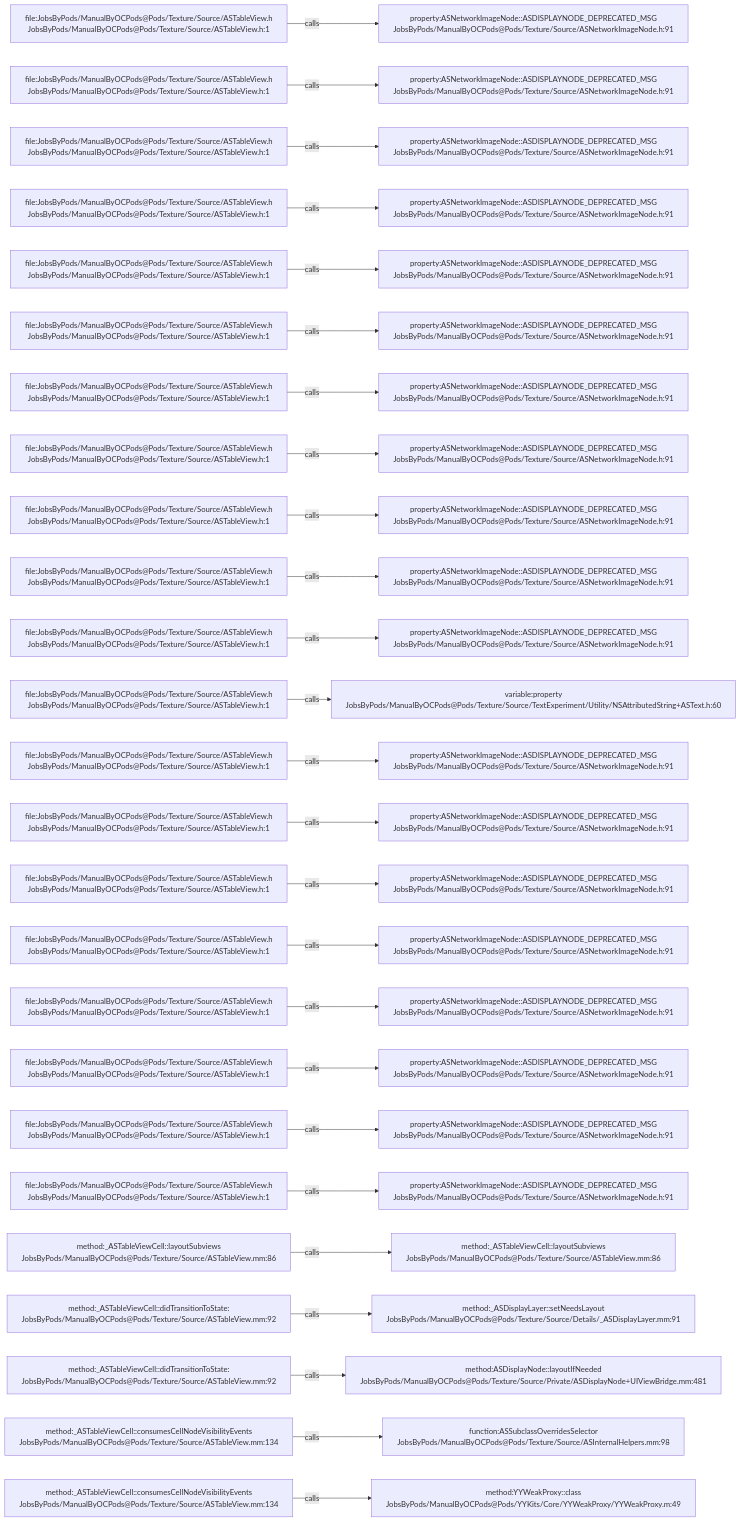
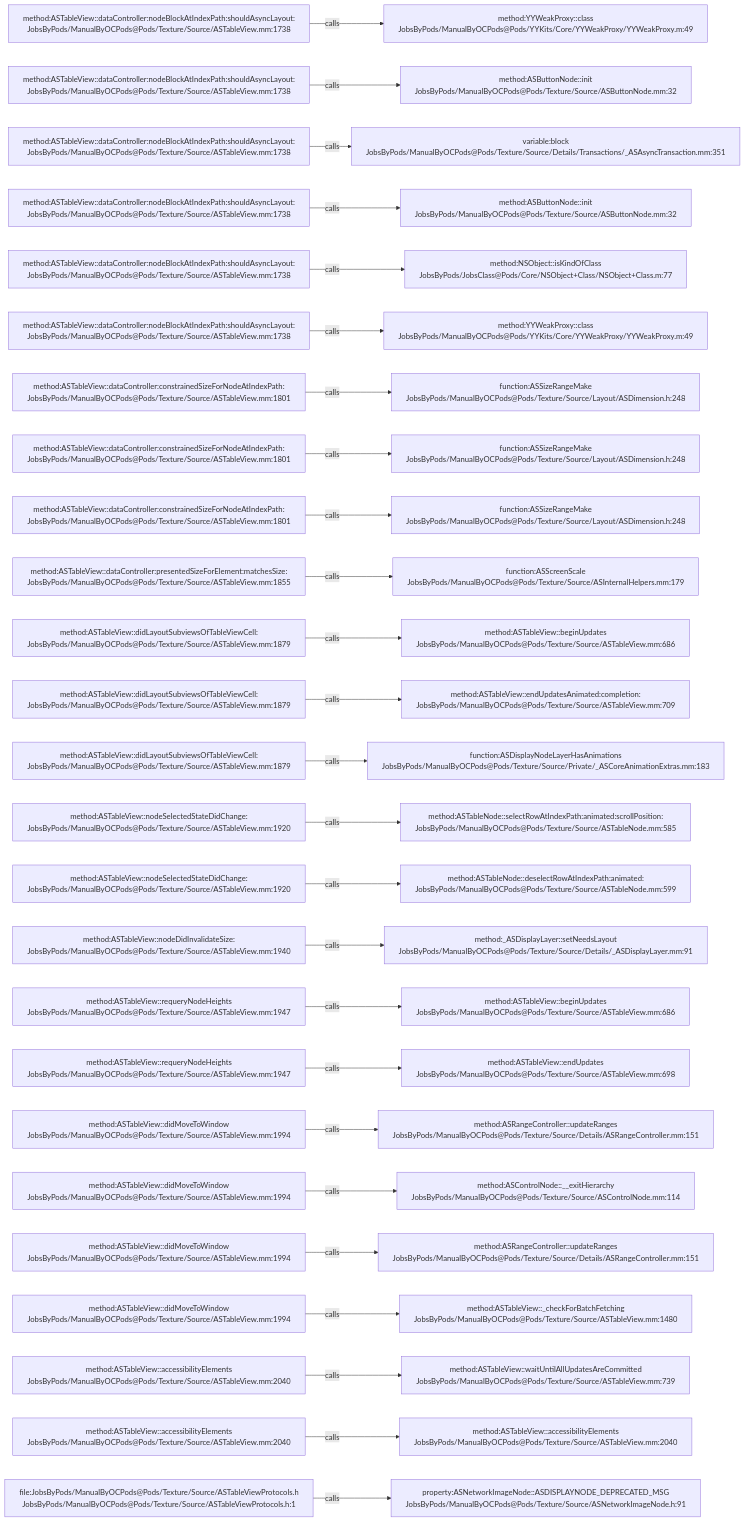
The diagram in .codegraph/codegraph.md/graphs/calls-133.md (JobsKits/JobsOCBaseConfigDemo), drawn with Mermaid before and after one commit. The commit also changed 1223 other files, not shown here.

````diff
--- a/.codegraph/codegraph.md/graphs/calls-133.md
+++ b/.codegraph/codegraph.md/graphs/calls-133.md
@@ -13,78 +13,78 @@
 ```mermaid
 flowchart LR
-  S1["file:JobsByPods/ManualByOCPods@Pods/Texture/Source/ASTableView.h<br/>JobsByPods/ManualByOCPods@Pods/Texture/Source/ASTableView.h:1"]
-  T1["property:ASNetworkImageNode::ASDISPLAYNODE_DEPRECATED_MSG<br/>JobsByPods/ManualByOCPods@Pods/Texture/Source/ASNetworkImageNode.h:91"]
+  S1["method:ASTableView::dataController:nodeBlockAtIndexPath:shouldAsyncLayout:<br/>JobsByPods/ManualByOCPods@Pods/Texture/Source/ASTableView.mm:1738"]
+  T1["method:YYWeakProxy::class<br/>JobsByPods/ManualByOCPods@Pods/YYKits/Core/YYWeakProxy/YYWeakProxy.m:49"]
   S1 -->|calls| T1
-  S2["file:JobsByPods/ManualByOCPods@Pods/Texture/Source/ASTableView.h<br/>JobsByPods/ManualByOCPods@Pods/Texture/Source/ASTableView.h:1"]
-  T2["property:ASNetworkImageNode::ASDISPLAYNODE_DEPRECATED_MSG<br/>JobsByPods/ManualByOCPods@Pods/Texture/Source/ASNetworkImageNode.h:91"]
+  S2["method:ASTableView::dataController:nodeBlockAtIndexPath:shouldAsyncLayout:<br/>JobsByPods/ManualByOCPods@Pods/Texture/Source/ASTableView.mm:1738"]
+  T2["method:ASButtonNode::init<br/>JobsByPods/ManualByOCPods@Pods/Texture/Source/ASButtonNode.mm:32"]
   S2 -->|calls| T2
-  S3["file:JobsByPods/ManualByOCPods@Pods/Texture/Source/ASTableView.h<br/>JobsByPods/ManualByOCPods@Pods/Texture/Source/ASTableView.h:1"]
-  T3["property:ASNetworkImageNode::ASDISPLAYNODE_DEPRECATED_MSG<br/>JobsByPods/ManualByOCPods@Pods/Texture/Source/ASNetworkImageNode.h:91"]
+  S3["method:ASTableView::dataController:nodeBlockAtIndexPath:shouldAsyncLayout:<br/>JobsByPods/ManualByOCPods@Pods/Texture/Source/ASTableView.mm:1738"]
+  T3["variable:block<br/>JobsByPods/ManualByOCPods@Pods/Texture/Source/Details/Transactions/_ASAsyncTransaction.mm:351"]
   S3 -->|calls| T3
-  S4["file:JobsByPods/ManualByOCPods@Pods/Texture/Source/ASTableView.h<br/>JobsByPods/ManualByOCPods@Pods/Texture/Source/ASTableView.h:1"]
-  T4["property:ASNetworkImageNode::ASDISPLAYNODE_DEPRECATED_MSG<br/>JobsByPods/ManualByOCPods@Pods/Texture/Source/ASNetworkImageNode.h:91"]
+  S4["method:ASTableView::dataController:nodeBlockAtIndexPath:shouldAsyncLayout:<br/>JobsByPods/ManualByOCPods@Pods/Texture/Source/ASTableView.mm:1738"]
+  T4["method:ASButtonNode::init<br/>JobsByPods/ManualByOCPods@Pods/Texture/Source/ASButtonNode.mm:32"]
   S4 -->|calls| T4
-  S5["file:JobsByPods/ManualByOCPods@Pods/Texture/Source/ASTableView.h<br/>JobsByPods/ManualByOCPods@Pods/Texture/Source/ASTableView.h:1"]
-  T5["property:ASNetworkImageNode::ASDISPLAYNODE_DEPRECATED_MSG<br/>JobsByPods/ManualByOCPods@Pods/Texture/Source/ASNetworkImageNode.h:91"]
+  S5["method:ASTableView::dataController:nodeBlockAtIndexPath:shouldAsyncLayout:<br/>JobsByPods/ManualByOCPods@Pods/Texture/Source/ASTableView.mm:1738"]
+  T5["method:NSObject::isKindOfClass<br/>JobsByPods/JobsClass@Pods/Core/NSObject+Class/NSObject+Class.m:77"]
   S5 -->|calls| T5
-  S6["file:JobsByPods/ManualByOCPods@Pods/Texture/Source/ASTableView.h<br/>JobsByPods/ManualByOCPods@Pods/Texture/Source/ASTableView.h:1"]
-  T6["property:ASNetworkImageNode::ASDISPLAYNODE_DEPRECATED_MSG<br/>JobsByPods/ManualByOCPods@Pods/Texture/Source/ASNetworkImageNode.h:91"]
+  S6["method:ASTableView::dataController:nodeBlockAtIndexPath:shouldAsyncLayout:<br/>JobsByPods/ManualByOCPods@Pods/Texture/Source/ASTableView.mm:1738"]
+  T6["method:YYWeakProxy::class<br/>JobsByPods/ManualByOCPods@Pods/YYKits/Core/YYWeakProxy/YYWeakProxy.m:49"]
   S6 -->|calls| T6
-  S7["file:JobsByPods/ManualByOCPods@Pods/Texture/Source/ASTableView.h<br/>JobsByPods/ManualByOCPods@Pods/Texture/Source/ASTableView.h:1"]
-  T7["property:ASNetworkImageNode::ASDISPLAYNODE_DEPRECATED_MSG<br/>JobsByPods/ManualByOCPods@Pods/Texture/Source/ASNetworkImageNode.h:91"]
+  S7["method:ASTableView::dataController:constrainedSizeForNodeAtIndexPath:<br/>JobsByPods/ManualByOCPods@Pods/Texture/Source/ASTableView.mm:1801"]
+  T7["function:ASSizeRangeMake<br/>JobsByPods/ManualByOCPods@Pods/Texture/Source/Layout/ASDimension.h:248"]
   S7 -->|calls| T7
-  S8["file:JobsByPods/ManualByOCPods@Pods/Texture/Source/ASTableView.h<br/>JobsByPods/ManualByOCPods@Pods/Texture/Source/ASTableView.h:1"]
-  T8["property:ASNetworkImageNode::ASDISPLAYNODE_DEPRECATED_MSG<br/>JobsByPods/ManualByOCPods@Pods/Texture/Source/ASNetworkImageNode.h:91"]
+  S8["method:ASTableView::dataController:constrainedSizeForNodeAtIndexPath:<br/>JobsByPods/ManualByOCPods@Pods/Texture/Source/ASTableView.mm:1801"]
+  T8["function:ASSizeRangeMake<br/>JobsByPods/ManualByOCPods@Pods/Texture/Source/Layout/ASDimension.h:248"]
   S8 -->|calls| T8
-  S9["file:JobsByPods/ManualByOCPods@Pods/Texture/Source/ASTableView.h<br/>JobsByPods/ManualByOCPods@Pods/Texture/Source/ASTableView.h:1"]
-  T9["property:ASNetworkImageNode::ASDISPLAYNODE_DEPRECATED_MSG<br/>JobsByPods/ManualByOCPods@Pods/Texture/Source/ASNetworkImageNode.h:91"]
+  S9["method:ASTableView::dataController:constrainedSizeForNodeAtIndexPath:<br/>JobsByPods/ManualByOCPods@Pods/Texture/Source/ASTableView.mm:1801"]
+  T9["function:ASSizeRangeMake<br/>JobsByPods/ManualByOCPods@Pods/Texture/Source/Layout/ASDimension.h:248"]
   S9 -->|calls| T9
-  S10["file:JobsByPods/ManualByOCPods@Pods/Texture/Source/ASTableView.h<br/>JobsByPods/ManualByOCPods@Pods/Texture/Source/ASTableView.h:1"]
-  T10["property:ASNetworkImageNode::ASDISPLAYNODE_DEPRECATED_MSG<br/>JobsByPods/ManualByOCPods@Pods/Texture/Source/ASNetworkImageNode.h:91"]
+  S10["method:ASTableView::dataController:presentedSizeForElement:matchesSize:<br/>JobsByPods/ManualByOCPods@Pods/Texture/Source/ASTableView.mm:1855"]
+  T10["function:ASScreenScale<br/>JobsByPods/ManualByOCPods@Pods/Texture/Source/ASInternalHelpers.mm:179"]
   S10 -->|calls| T10
-  S11["file:JobsByPods/ManualByOCPods@Pods/Texture/Source/ASTableView.h<br/>JobsByPods/ManualByOCPods@Pods/Texture/Source/ASTableView.h:1"]
-  T11["property:ASNetworkImageNode::ASDISPLAYNODE_DEPRECATED_MSG<br/>JobsByPods/ManualByOCPods@Pods/Texture/Source/ASNetworkImageNode.h:91"]
+  S11["method:ASTableView::didLayoutSubviewsOfTableViewCell:<br/>JobsByPods/ManualByOCPods@Pods/Texture/Source/ASTableView.mm:1879"]
+  T11["method:ASTableView::beginUpdates<br/>JobsByPods/ManualByOCPods@Pods/Texture/Source/ASTableView.mm:686"]
   S11 -->|calls| T11
-  S12["file:JobsByPods/ManualByOCPods@Pods/Texture/Source/ASTableView.h<br/>JobsByPods/ManualByOCPods@Pods/Texture/Source/ASTableView.h:1"]
-  T12["variable:property<br/>JobsByPods/ManualByOCPods@Pods/Texture/Source/TextExperiment/Utility/NSAttributedString+ASText.h:60"]
+  S12["method:ASTableView::didLayoutSubviewsOfTableViewCell:<br/>JobsByPods/ManualByOCPods@Pods/Texture/Source/ASTableView.mm:1879"]
+  T12["method:ASTableView::endUpdatesAnimated:completion:<br/>JobsByPods/ManualByOCPods@Pods/Texture/Source/ASTableView.mm:709"]
   S12 -->|calls| T12
-  S13["file:JobsByPods/ManualByOCPods@Pods/Texture/Source/ASTableView.h<br/>JobsByPods/ManualByOCPods@Pods/Texture/Source/ASTableView.h:1"]
-  T13["property:ASNetworkImageNode::ASDISPLAYNODE_DEPRECATED_MSG<br/>JobsByPods/ManualByOCPods@Pods/Texture/Source/ASNetworkImageNode.h:91"]
+  S13["method:ASTableView::didLayoutSubviewsOfTableViewCell:<br/>JobsByPods/ManualByOCPods@Pods/Texture/Source/ASTableView.mm:1879"]
+  T13["function:ASDisplayNodeLayerHasAnimations<br/>JobsByPods/ManualByOCPods@Pods/Texture/Source/Private/_ASCoreAnimationExtras.mm:183"]
   S13 -->|calls| T13
-  S14["file:JobsByPods/ManualByOCPods@Pods/Texture/Source/ASTableView.h<br/>JobsByPods/ManualByOCPods@Pods/Texture/Source/ASTableView.h:1"]
-  T14["property:ASNetworkImageNode::ASDISPLAYNODE_DEPRECATED_MSG<br/>JobsByPods/ManualByOCPods@Pods/Texture/Source/ASNetworkImageNode.h:91"]
+  S14["method:ASTableView::nodeSelectedStateDidChange:<br/>JobsByPods/ManualByOCPods@Pods/Texture/Source/ASTableView.mm:1920"]
+  T14["method:ASTableNode::selectRowAtIndexPath:animated:scrollPosition:<br/>JobsByPods/ManualByOCPods@Pods/Texture/Source/ASTableNode.mm:585"]
   S14 -->|calls| T14
-  S15["file:JobsByPods/ManualByOCPods@Pods/Texture/Source/ASTableView.h<br/>JobsByPods/ManualByOCPods@Pods/Texture/Source/ASTableView.h:1"]
-  T15["property:ASNetworkImageNode::ASDISPLAYNODE_DEPRECATED_MSG<br/>JobsByPods/ManualByOCPods@Pods/Texture/Source/ASNetworkImageNode.h:91"]
+  S15["method:ASTableView::nodeSelectedStateDidChange:<br/>JobsByPods/ManualByOCPods@Pods/Texture/Source/ASTableView.mm:1920"]
+  T15["method:ASTableNode::deselectRowAtIndexPath:animated:<br/>JobsByPods/ManualByOCPods@Pods/Texture/Source/ASTableNode.mm:599"]
   S15 -->|calls| T15
-  S16["file:JobsByPods/ManualByOCPods@Pods/Texture/Source/ASTableView.h<br/>JobsByPods/ManualByOCPods@Pods/Texture/Source/ASTableView.h:1"]
-  T16["property:ASNetworkImageNode::ASDISPLAYNODE_DEPRECATED_MSG<br/>JobsByPods/ManualByOCPods@Pods/Texture/Source/ASNetworkImageNode.h:91"]
+  S16["method:ASTableView::nodeDidInvalidateSize:<br/>JobsByPods/ManualByOCPods@Pods/Texture/Source/ASTableView.mm:1940"]
+  T16["method:_ASDisplayLayer::setNeedsLayout<br/>JobsByPods/ManualByOCPods@Pods/Texture/Source/Details/_ASDisplayLayer.mm:91"]
   S16 -->|calls| T16
-  S17["file:JobsByPods/ManualByOCPods@Pods/Texture/Source/ASTableView.h<br/>JobsByPods/ManualByOCPods@Pods/Texture/Source/ASTableView.h:1"]
-  T17["property:ASNetworkImageNode::ASDISPLAYNODE_DEPRECATED_MSG<br/>JobsByPods/ManualByOCPods@Pods/Texture/Source/ASNetworkImageNode.h:91"]
+  S17["method:ASTableView::requeryNodeHeights<br/>JobsByPods/ManualByOCPods@Pods/Texture/Source/ASTableView.mm:1947"]
+  T17["method:ASTableView::beginUpdates<br/>JobsByPods/ManualByOCPods@Pods/Texture/Source/ASTableView.mm:686"]
   S17 -->|calls| T17
-  S18["file:JobsByPods/ManualByOCPods@Pods/Texture/Source/ASTableView.h<br/>JobsByPods/ManualByOCPods@Pods/Texture/Source/ASTableView.h:1"]
-  T18["property:ASNetworkImageNode::ASDISPLAYNODE_DEPRECATED_MSG<br/>JobsByPods/ManualByOCPods@Pods/Texture/Source/ASNetworkImageNode.h:91"]
+  S18["method:ASTableView::requeryNodeHeights<br/>JobsByPods/ManualByOCPods@Pods/Texture/Source/ASTableView.mm:1947"]
+  T18["method:ASTableView::endUpdates<br/>JobsByPods/ManualByOCPods@Pods/Texture/Source/ASTableView.mm:698"]
   S18 -->|calls| T18
-  S19["file:JobsByPods/ManualByOCPods@Pods/Texture/Source/ASTableView.h<br/>JobsByPods/ManualByOCPods@Pods/Texture/Source/ASTableView.h:1"]
-  T19["property:ASNetworkImageNode::ASDISPLAYNODE_DEPRECATED_MSG<br/>JobsByPods/ManualByOCPods@Pods/Texture/Source/ASNetworkImageNode.h:91"]
+  S19["method:ASTableView::didMoveToWindow<br/>JobsByPods/ManualByOCPods@Pods/Texture/Source/ASTableView.mm:1994"]
+  T19["method:ASRangeController::updateRanges<br/>JobsByPods/ManualByOCPods@Pods/Texture/Source/Details/ASRangeController.mm:151"]
   S19 -->|calls| T19
-  S20["file:JobsByPods/ManualByOCPods@Pods/Texture/Source/ASTableView.h<br/>JobsByPods/ManualByOCPods@Pods/Texture/Source/ASTableView.h:1"]
-  T20["property:ASNetworkImageNode::ASDISPLAYNODE_DEPRECATED_MSG<br/>JobsByPods/ManualByOCPods@Pods/Texture/Source/ASNetworkImageNode.h:91"]
+  S20["method:ASTableView::didMoveToWindow<br/>JobsByPods/ManualByOCPods@Pods/Texture/Source/ASTableView.mm:1994"]
+  T20["method:ASControlNode::__exitHierarchy<br/>JobsByPods/ManualByOCPods@Pods/Texture/Source/ASControlNode.mm:114"]
   S20 -->|calls| T20
-  S21["method:_ASTableViewCell::layoutSubviews<br/>JobsByPods/ManualByOCPods@Pods/Texture/Source/ASTableView.mm:86"]
-  T21["method:_ASTableViewCell::layoutSubviews<br/>JobsByPods/ManualByOCPods@Pods/Texture/Source/ASTableView.mm:86"]
+  S21["method:ASTableView::didMoveToWindow<br/>JobsByPods/ManualByOCPods@Pods/Texture/Source/ASTableView.mm:1994"]
+  T21["method:ASRangeController::updateRanges<br/>JobsByPods/ManualByOCPods@Pods/Texture/Source/Details/ASRangeController.mm:151"]
   S21 -->|calls| T21
-  S22["method:_ASTableViewCell::didTransitionToState:<br/>JobsByPods/ManualByOCPods@Pods/Texture/Source/ASTableView.mm:92"]
-  T22["method:_ASDisplayLayer::setNeedsLayout<br/>JobsByPods/ManualByOCPods@Pods/Texture/Source/Details/_ASDisplayLayer.mm:91"]
+  S22["method:ASTableView::didMoveToWindow<br/>JobsByPods/ManualByOCPods@Pods/Texture/Source/ASTableView.mm:1994"]
+  T22["method:ASTableView::_checkForBatchFetching<br/>JobsByPods/ManualByOCPods@Pods/Texture/Source/ASTableView.mm:1480"]
   S22 -->|calls| T22
-  S23["method:_ASTableViewCell::didTransitionToState:<br/>JobsByPods/ManualByOCPods@Pods/Texture/Source/ASTableView.mm:92"]
-  T23["method:ASDisplayNode::layoutIfNeeded<br/>JobsByPods/ManualByOCPods@Pods/Texture/Source/Private/ASDisplayNode+UIViewBridge.mm:481"]
+  S23["method:ASTableView::accessibilityElements<br/>JobsByPods/ManualByOCPods@Pods/Texture/Source/ASTableView.mm:2040"]
+  T23["method:ASTableView::waitUntilAllUpdatesAreCommitted<br/>JobsByPods/ManualByOCPods@Pods/Texture/Source/ASTableView.mm:739"]
   S23 -->|calls| T23
-  S24["method:_ASTableViewCell::consumesCellNodeVisibilityEvents<br/>JobsByPods/ManualByOCPods@Pods/Texture/Source/ASTableView.mm:134"]
-  T24["function:ASSubclassOverridesSelector<br/>JobsByPods/ManualByOCPods@Pods/Texture/Source/ASInternalHelpers.mm:98"]
+  S24["method:ASTableView::accessibilityElements<br/>JobsByPods/ManualByOCPods@Pods/Texture/Source/ASTableView.mm:2040"]
+  T24["method:ASTableView::accessibilityElements<br/>JobsByPods/ManualByOCPods@Pods/Texture/Source/ASTableView.mm:2040"]
   S24 -->|calls| T24
-  S25["method:_ASTableViewCell::consumesCellNodeVisibilityEvents<br/>JobsByPods/ManualByOCPods@Pods/Texture/Source/ASTableView.mm:134"]
-  T25["method:YYWeakProxy::class<br/>JobsByPods/ManualByOCPods@Pods/YYKits/Core/YYWeakProxy/YYWeakProxy.m:49"]
+  S25["file:JobsByPods/ManualByOCPods@Pods/Texture/Source/ASTableViewProtocols.h<br/>JobsByPods/ManualByOCPods@Pods/Texture/Source/ASTableViewProtocols.h:1"]
+  T25["property:ASNetworkImageNode::ASDISPLAYNODE_DEPRECATED_MSG<br/>JobsByPods/ManualByOCPods@Pods/Texture/Source/ASNetworkImageNode.h:91"]
   S25 -->|calls| T25
 ```
````
